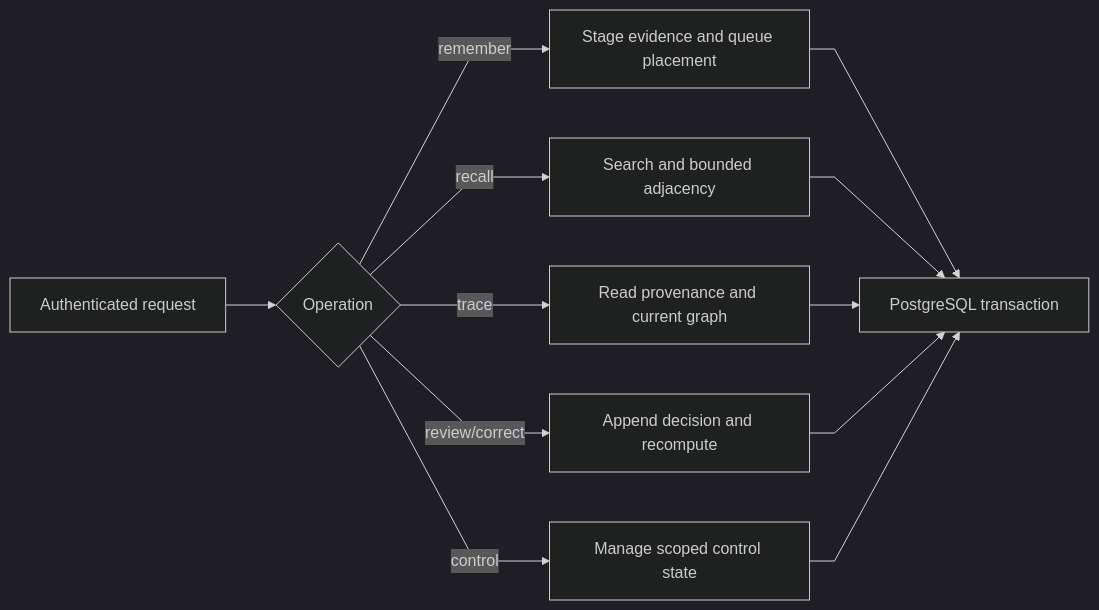
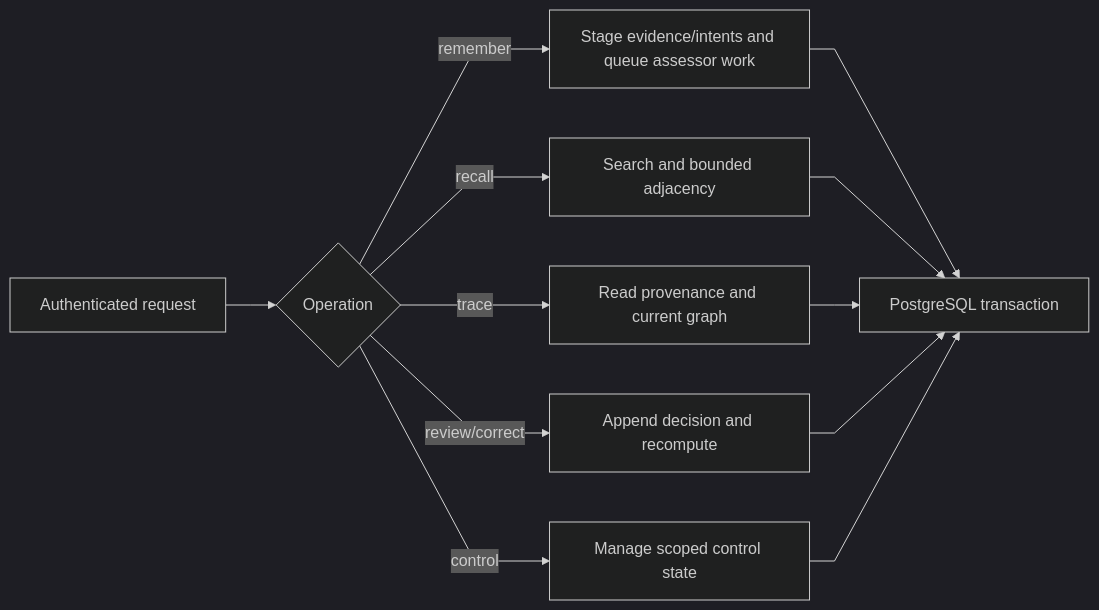
The second of 7 diagrams in Architecture.md (markhuangai/dense-mem), drawn with Mermaid (dark theme) before and after one commit. The commit also changed other lines of this file and 17 other files, not shown here.

First line of the commit message:
Refactor documentation for Remember assessor and v2.6 contract updates

````diff
--- a/Architecture.md
+++ b/Architecture.md
@@ -92,16 +93,16 @@
 ```mermaid
 %%{init: {"flowchart": {"curve": "linear"}}}%%
 flowchart LR
   Request["Authenticated request"] --> Kind{"Operation"}
-  Kind -- remember --> Write["Stage evidence and queue placement"]
+  Kind -- remember --> Write["Stage evidence/intents and queue assessor work"]
   Kind -- recall --> Read["Search and bounded adjacency"]
   Kind -- trace --> Trace["Read provenance and current graph"]
   Kind -- review/correct --> Correct["Append decision and recompute"]
   Kind -- control --> Admin["Manage scoped control state"]
 
   Write --> PG["PostgreSQL transaction"]
   Read --> PG
   Trace --> PG
   Correct --> PG
   Admin --> PG
 ```
````
